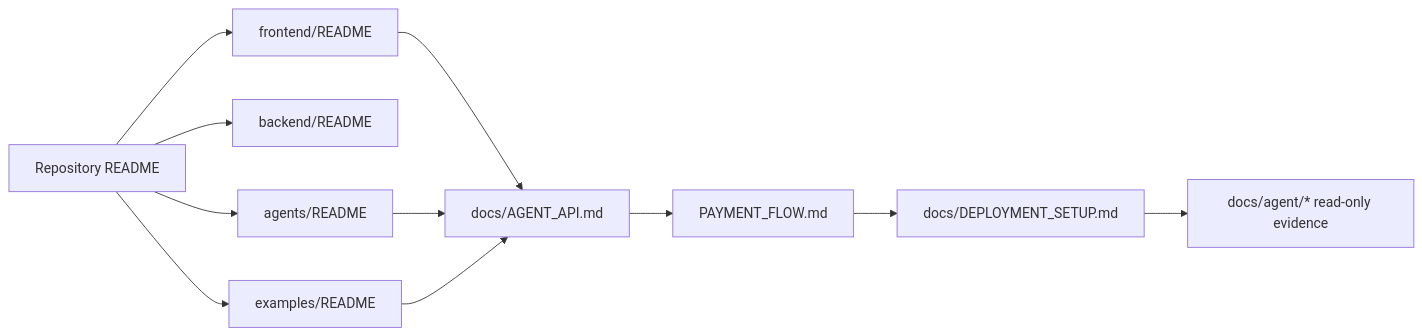
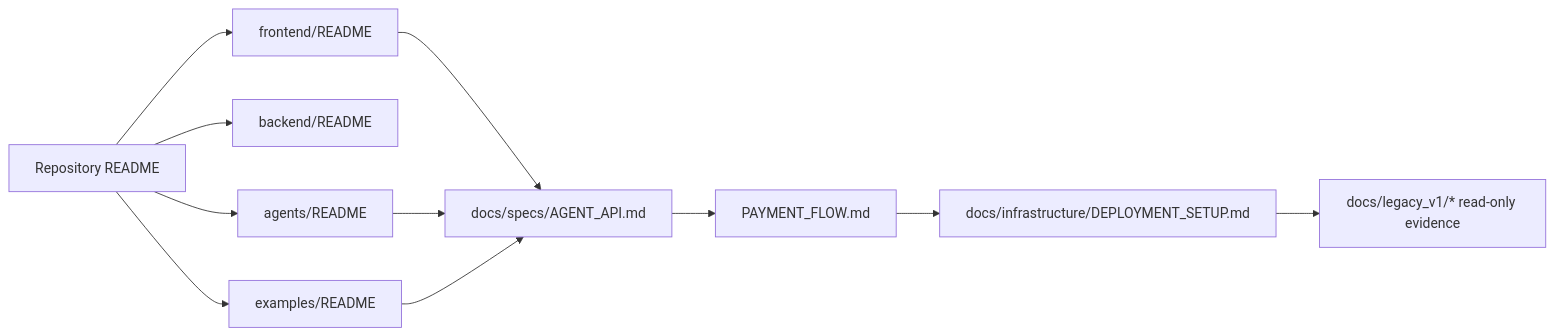
One commit to hoanlv214/qma changed the diagram in docs/README.md. Above: the diagram before and after it, drawn with Mermaid. The commit also changed other lines of this file and 69 other files, not shown here.

````diff
--- a/docs/README.md
+++ b/docs/README.md
@@ -26,13 +26,13 @@
 ```mermaid
 flowchart LR
     Root[Repository README] --> Frontend[frontend/README]
     Root --> Backend[backend/README]
     Root --> Agents[agents/README]
     Root --> Examples[examples/README]
-    Frontend --> Contract[docs/AGENT_API.md]
+    Frontend --> Contract[docs/specs/AGENT_API.md]
     Agents --> Contract
     Examples --> Contract
     Contract --> Payment[PAYMENT_FLOW.md]
-    Payment --> Deploy[docs/DEPLOYMENT_SETUP.md]
-    Deploy --> Audit[docs/agent/* read-only evidence]
+    Payment --> Deploy[docs/infrastructure/DEPLOYMENT_SETUP.md]
+    Deploy --> Audit[docs/legacy_v1/* read-only evidence]
 ```
````
